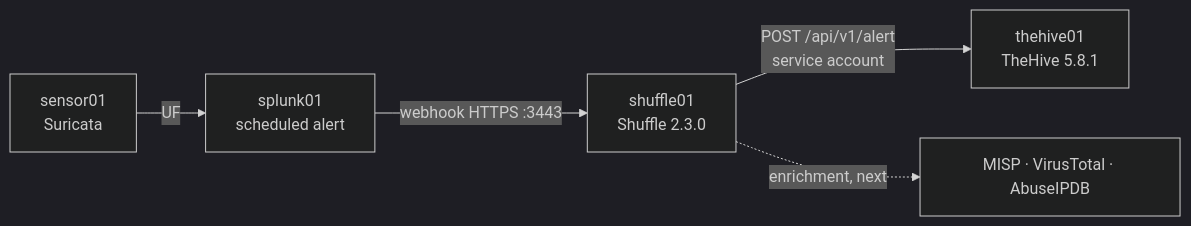
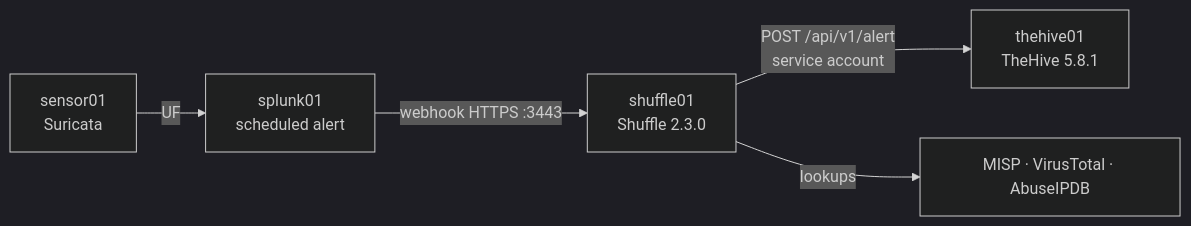
One commit to caleb57912/SOC-Homelab changed the diagram in build-log/16-shuffle.md. Above: the diagram before and after it, drawn with Mermaid (dark theme). The commit also changed other lines of this file and 13 other files, not shown here.

Commit message:
3.2 Shuffle: enrichment with MISP, VirusTotal and AbuseIPDB, Phase 3 gate met; replica and key-rotation issues traced

````diff
--- a/build-log/16-shuffle.md
+++ b/build-log/16-shuffle.md
@@ -5,7 +5,7 @@
 ```mermaid
 flowchart LR
     SEN[sensor01<br/>Suricata] -->|UF| SPL[splunk01<br/>scheduled alert]
     SPL -->|webhook HTTPS :3443| SH[shuffle01<br/>Shuffle 2.3.0]
     SH -->|POST /api/v1/alert<br/>service account| TH[thehive01<br/>TheHive 5.8.1]
-    SH -.->|enrichment, next| EN[MISP · VirusTotal · AbuseIPDB]
+    SH -->|lookups| EN[MISP · VirusTotal · AbuseIPDB]
 ```
````
